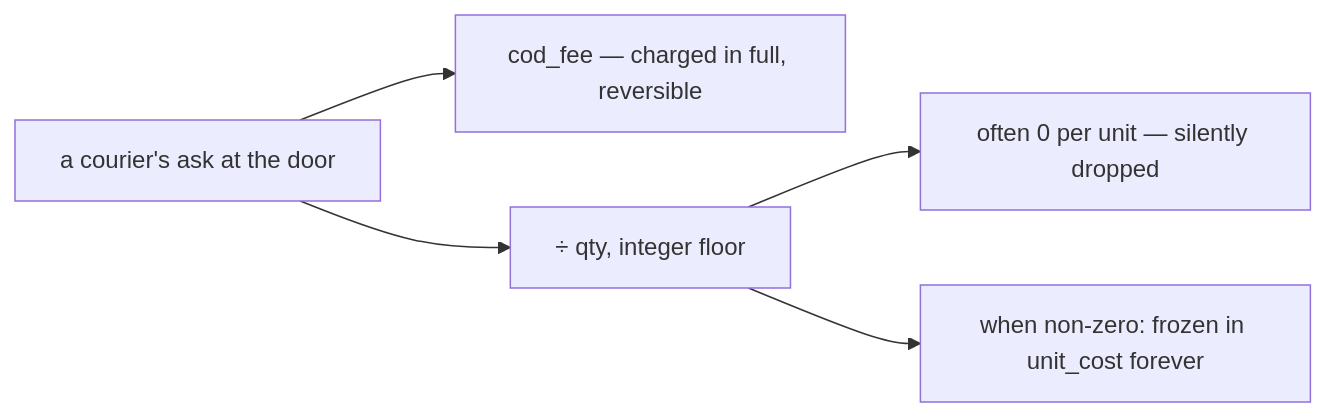
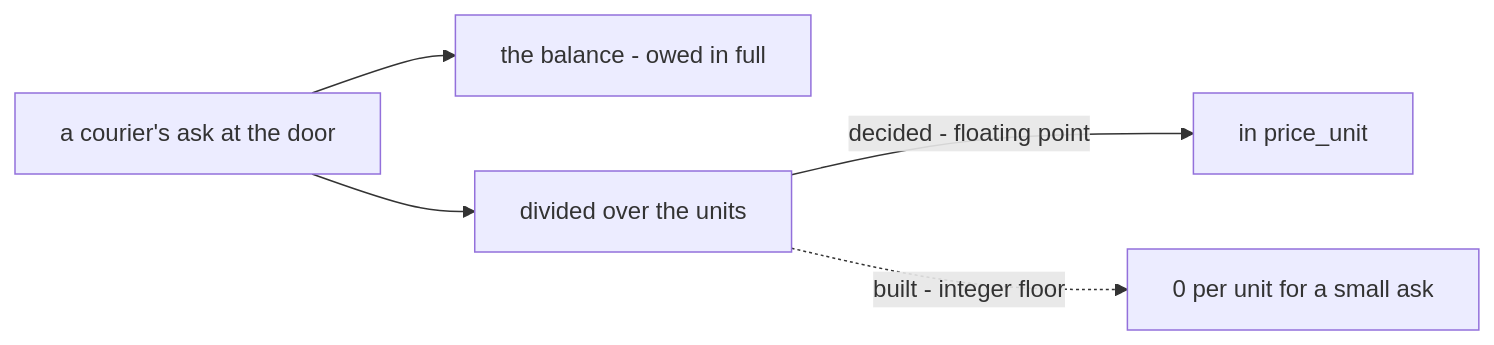
One commit to pdcgo/warehouse_revamp changed the sixth of 7 diagrams in docs/business/product/context_clarify.md. Above: the diagram before and after it, drawn with Mermaid. The commit also changed other lines of this file and 10 other files, not shown here.

````diff
--- a/docs/business/product/context_clarify.md
+++ b/docs/business/product/context_clarify.md
@@ -379,7 +368,7 @@
 ```mermaid
 flowchart LR
-  T["a courier's ask at the door"] --> L["cod_fee — charged in full, reversible"]
-  T --> U["÷ qty, integer floor"]
-  U --> Z["often 0 per unit — silently dropped"]
-  U --> P["when non-zero: frozen in unit_cost forever"]
+  T["a courier's ask at the door"] --> L["the balance - owed in full"]
+  T --> U["divided over the units"]
+  U -->|"decided - floating point"| P["in price_unit"]
+  U -.->|"built - integer floor"| Z["0 per unit for a small ask"]
 ```
````
